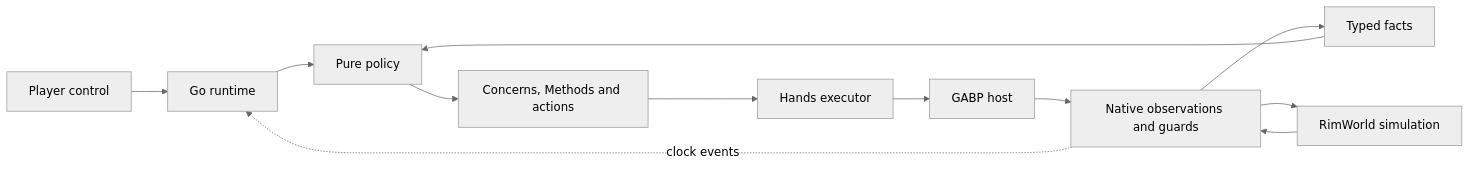
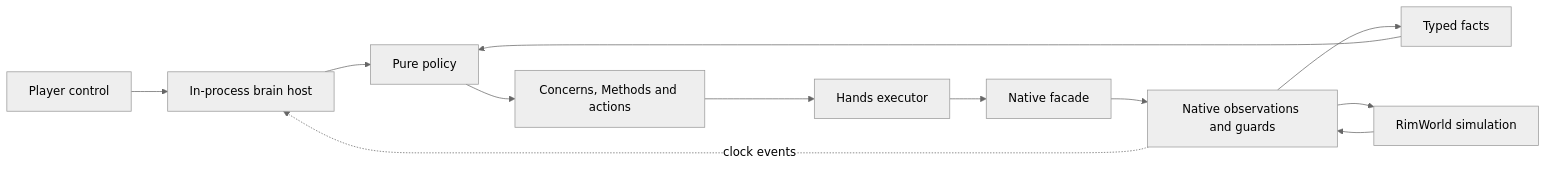
One commit to davidarcher/rimgovernor changed the first of 2 diagrams in docs/developers/architecture/overview.md. Above: the diagram before and after it, drawn with Mermaid (neutral theme). The commit also changed other lines of this file and 143 other files, not shown here.

````diff
--- a/docs/developers/architecture/overview.md
+++ b/docs/developers/architecture/overview.md
@@ -10,14 +10,14 @@
 ```mermaid
 flowchart LR
-    Player[Player control] --> Runtime[Go runtime]
+    Player[Player control] --> Runtime[In-process brain host]
     Game[RimWorld simulation] --> Native[Native observations and guards]
     Native --> Facts[Typed facts]
     Facts --> Policy[Pure policy]
     Policy --> Plan[Concerns, Methods and actions]
     Plan --> Hands[Hands executor]
-    Hands --> Host[GABP host]
-    Host --> Native
+    Hands --> Facade[Native facade]
+    Facade --> Native
     Native --> Game
     Runtime --> Policy
     Native -. clock events .-> Runtime
 ```
````
